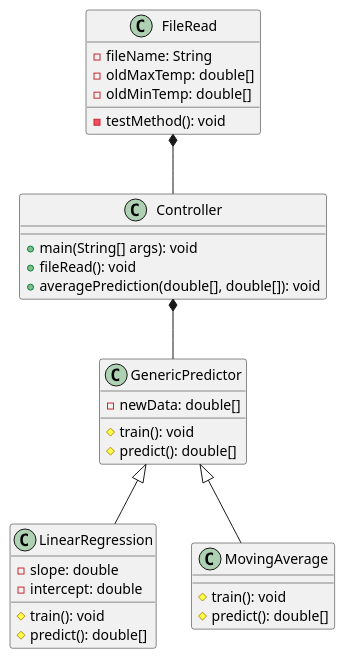
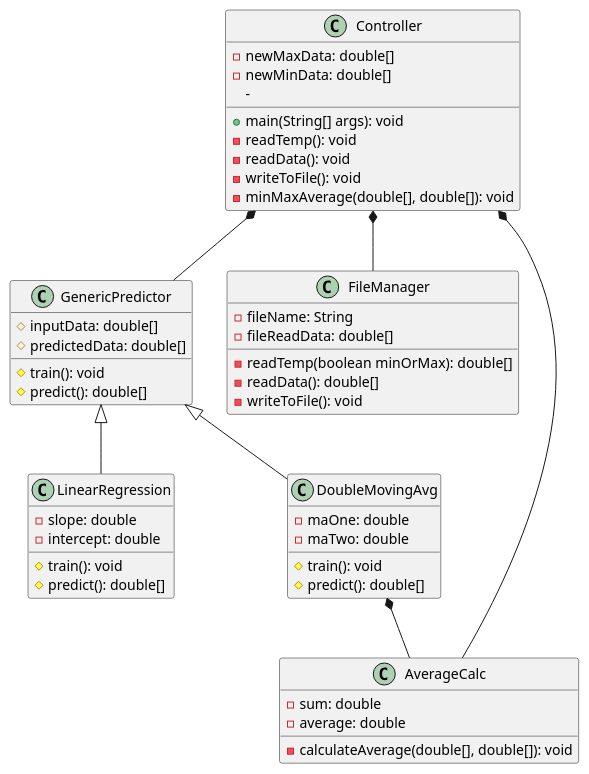
One commit to skhinda7/WeatherPrediction changed the diagram in Prediction.puml. Above: the diagram before and after it, drawn with PlantUML. The commit also changed 12 other files, not shown here.

Commit message:
Added Double Moving Average

```diff
--- a/Prediction.puml
+++ b/Prediction.puml
@@ -1,36 +1,52 @@
 @startuml "Prediction Model"
 
 class Controller {
+    -newMaxData: double[]
+    -newMinData: double[]
     +main(String[] args): void
-    +fileRead(): void
-    +averagePrediction(double[], double[]): void
+    -readTemp(): void
+    -readData(): void
+    -writeToFile(): void
+    -minMaxAverage(double[], double[]): void
+    -
 }
 
 class GenericPredictor {
-    -newData: double[]
+    #inputData: double[]
+    #predictedData: double[]
     #train(): void
     #predict(): double[]
 }
-
 class LinearRegression extends GenericPredictor {
     -slope: double
     -intercept: double
     #train(): void 
     #predict(): double[]
 }
 
-class MovingAverage extends GenericPredictor {
+class DoubleMovingAvg extends GenericPredictor {
+    -maOne: double
+    -maTwo: double
     #train(): void 
     #predict(): double[]
 }
-class FileRead {
+class FileManager {
     -fileName: String
-    -oldMaxTemp: double[]
-    -oldMinTemp: double[]
-    -testMethod(): void
+    -fileReadData: double[]
+    -readTemp(boolean minOrMax): double[]
+    -readData(): double[]
+    -writeToFile(): void
 }
 
-FileRead *-- Controller
+class AverageCalc  {
+    -sum: double
+    -average: double
+    -calculateAverage(double[], double[]): void
+}
+
+Controller *-- FileManager
 Controller *-- GenericPredictor
+Controller *-- AverageCalc
+DoubleMovingAvg *-- AverageCalc
 
 @enduml
```
